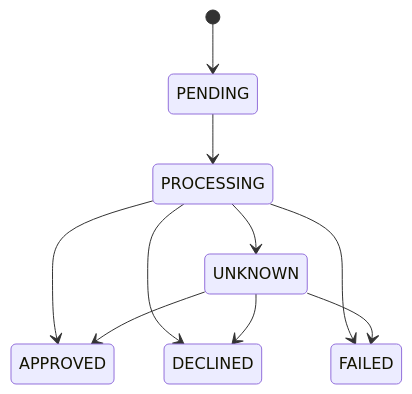
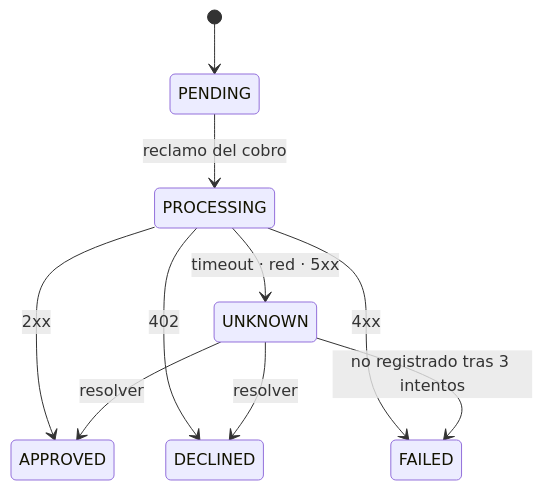
The second of 3 diagrams in specs/fase-1/design.md (Giancho2000/pago-lab), drawn with Mermaid before and after one commit. The commit also changed other lines of this file and 4 other files, not shown here.

````diff
--- a/specs/fase-1/design.md
+++ b/specs/fase-1/design.md
@@ -8,12 +89,12 @@
 ```mermaid
 stateDiagram-v2
     [*] --> PENDING
-    PENDING --> PROCESSING
-    PROCESSING --> APPROVED
-    PROCESSING --> DECLINED
-    PROCESSING --> FAILED
-    PROCESSING --> UNKNOWN
-    UNKNOWN --> APPROVED
-    UNKNOWN --> DECLINED
-    UNKNOWN --> FAILED
+    PENDING --> PROCESSING : reclamo del cobro
+    PROCESSING --> APPROVED : 2xx
+    PROCESSING --> DECLINED : 402
+    PROCESSING --> FAILED : 4xx
+    PROCESSING --> UNKNOWN : timeout · red · 5xx
+    UNKNOWN --> APPROVED : resolver
+    UNKNOWN --> DECLINED : resolver
+    UNKNOWN --> FAILED : no registrado tras 3 intentos
 ```
````
